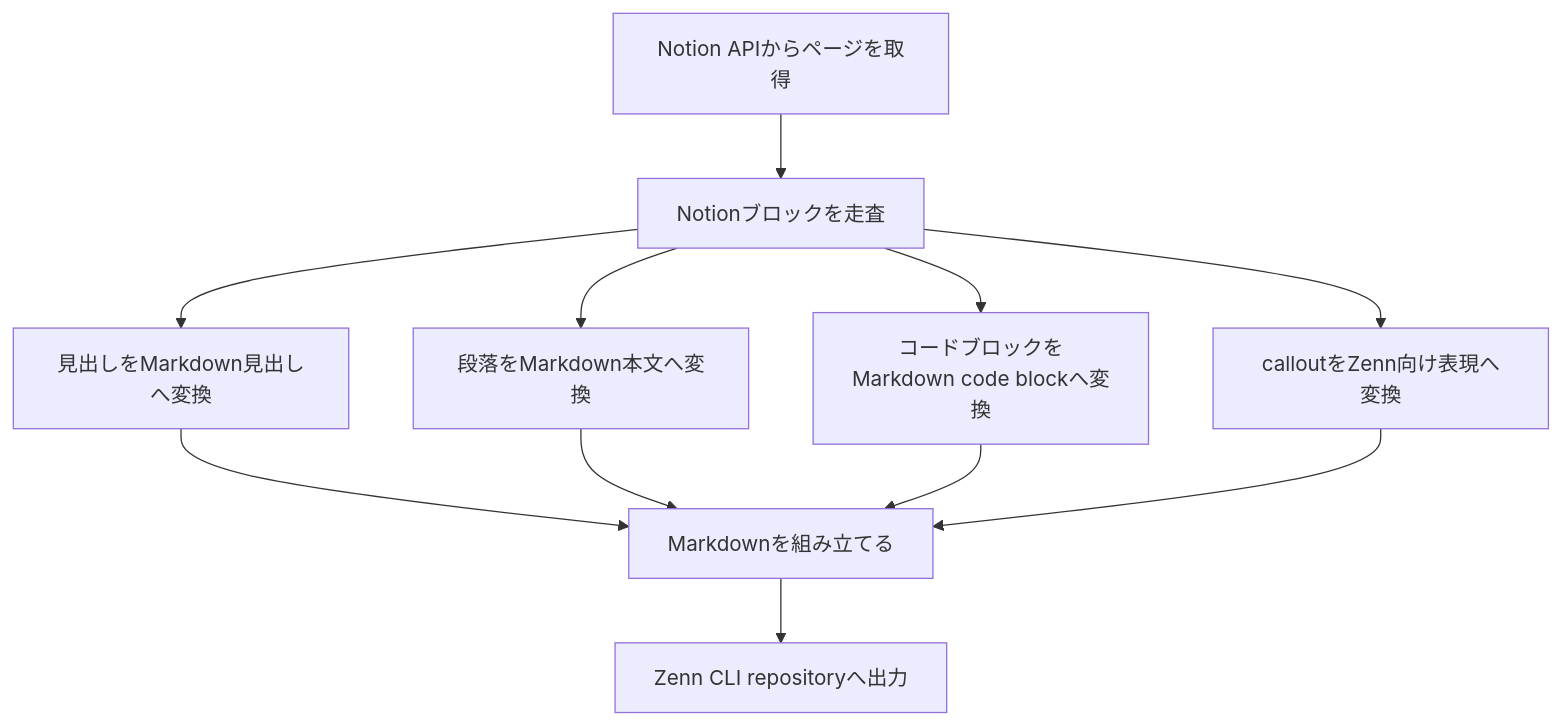
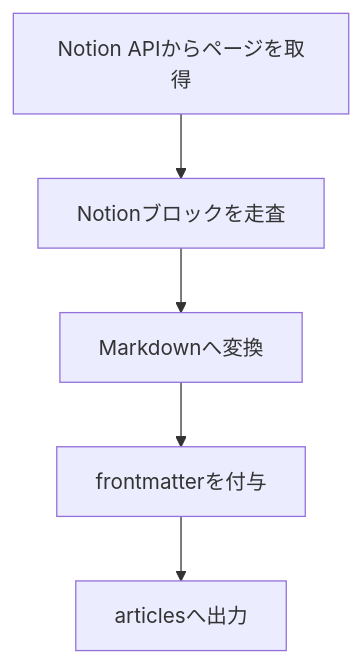
The third of 3 diagrams in articles/392c9702-a775-8101-9cec-d49b4240186e.md (gen740/zenn), drawn with Mermaid before and after one commit. The commit also changed other lines of this file and 1 other file, not shown here.

````diff
--- a/articles/392c9702-a775-8101-9cec-d49b4240186e.md
+++ b/articles/392c9702-a775-8101-9cec-d49b4240186e.md
@@ -123,13 +111,7 @@
 ```mermaid
 flowchart TD
     A[Notion APIからページを取得] --> B[Notionブロックを走査]
-    B --> C[見出しをMarkdown見出しへ変換]
-    B --> D[段落をMarkdown本文へ変換]
-    B --> E[コードブロックをMarkdown code blockへ変換]
-    B --> F[calloutをZenn向け表現へ変換]
-    C --> G[Markdownを組み立てる]
-    D --> G
-    E --> G
-    F --> G
-    G --> H[Zenn CLI repositoryへ出力]
+    B --> C[Markdownへ変換]
+    C --> D[frontmatterを付与]
+    D --> E[articlesへ出力]
 ```
````
